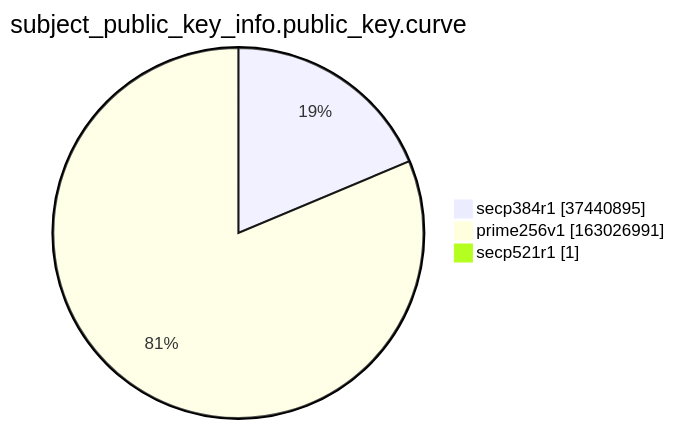
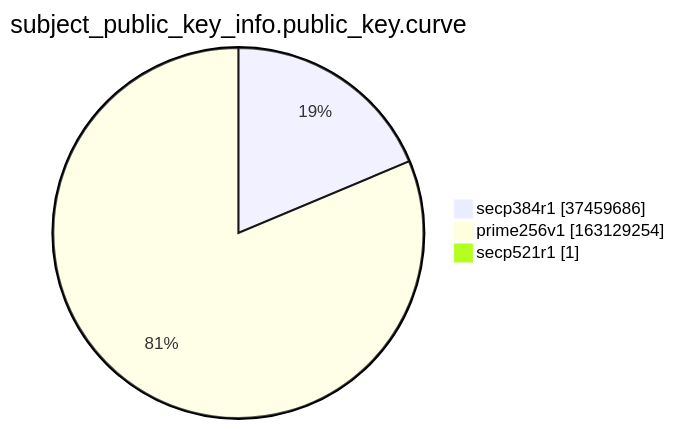
One commit to christiankrug/ctmonitor_visualization changed the ninth of 15 diagrams in argon2022/README.md. Above: the diagram before and after it, drawn with Mermaid. The commit also changed other lines of this file, not shown here.

````diff
--- a/argon2022/README.md
+++ b/argon2022/README.md
@@ -2766,7 +2766,7 @@
 ```mermaid
 pie showData
 title subject_public_key_info.public_key.curve
-"secp384r1" :37440895
-"prime256v1" :163026991
+"secp384r1" :37459686
+"prime256v1" :163129254
 "secp521r1" :1
 ```
````
